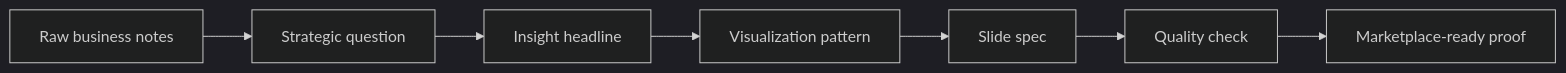
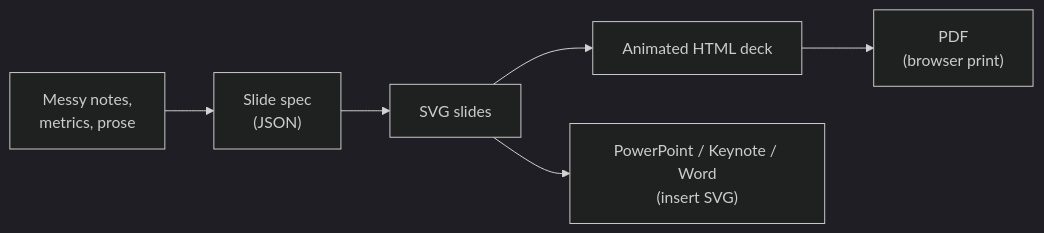
The diagram in README.md (kgraph57/mckinsey-style-visualization-skill), drawn with Mermaid (dark theme) before and after one commit. The commit also changed other lines of this file and 10 other files, not shown here.

First line of the commit message:
Add animated HTML decks + relaunch README for discovery

````diff
--- a/README.md
+++ b/README.md
@@ -268,9 +58,8 @@
 ```mermaid
 flowchart LR
-    A["Raw business notes"] --> B["Strategic question"]
-    B --> C["Insight headline"]
-    C --> D["Visualization pattern"]
-    D --> E["Slide spec"]
-    E --> F["Quality check"]
-    F --> G["Marketplace-ready proof"]
+    A["Messy notes,<br/>metrics, prose"] --> B["Slide spec<br/>(JSON)"]
+    B --> C["SVG slides"]
+    C --> D["Animated HTML deck"]
+    C --> E["PowerPoint / Keynote / Word<br/>(insert SVG)"]
+    D --> F["PDF<br/>(browser print)"]
 ```
````
